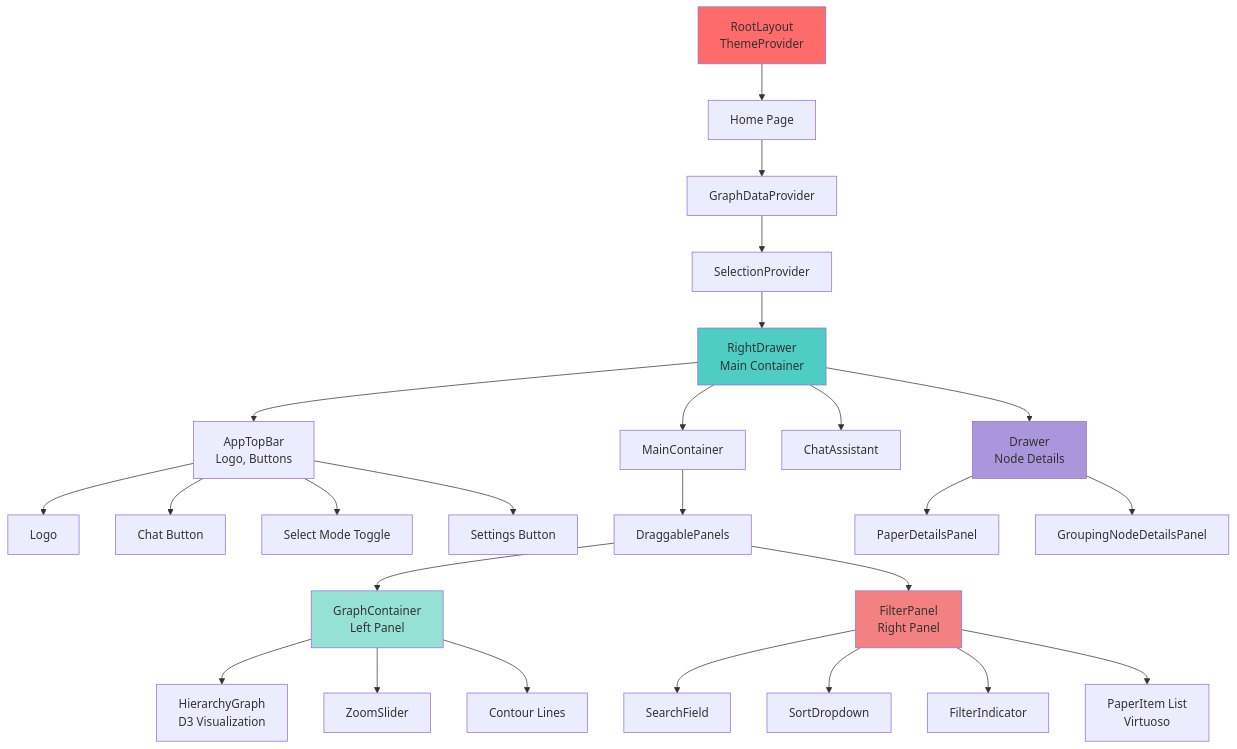
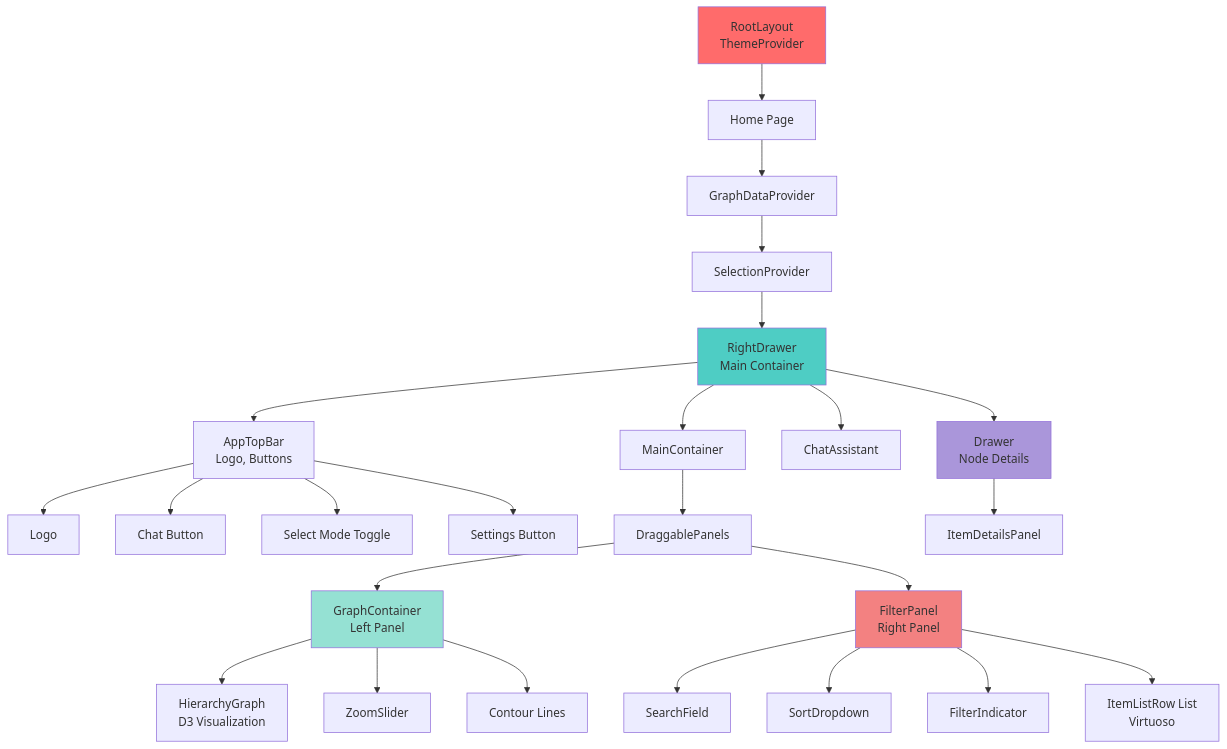
The third of 11 diagrams in ARCHITECTURE_DIAGRAMS.md (AstraZeneca/ontoverse-app), drawn with Mermaid before and after one commit. The commit also changed other lines of this file and 13 other files, not shown here.

````diff
--- a/ARCHITECTURE_DIAGRAMS.md
+++ b/ARCHITECTURE_DIAGRAMS.md
@@ -110,39 +110,38 @@
 ```mermaid
 graph TD
     A[RootLayout<br/>ThemeProvider] --> B[Home Page]
     B --> C[GraphDataProvider]
     C --> D[SelectionProvider]
     D --> E[RightDrawer<br/>Main Container]
     
     E --> F[AppTopBar<br/>Logo, Buttons]
     E --> G[MainContainer]
     E --> H[ChatAssistant]
     
     F --> F1[Logo]
     F --> F2[Chat Button]
     F --> F3[Select Mode Toggle]
     F --> F4[Settings Button]
     
     G --> I[DraggablePanels]
     I --> J[GraphContainer<br/>Left Panel]
     I --> K[FilterPanel<br/>Right Panel]
     
     J --> J1[HierarchyGraph<br/>D3 Visualization]
     J --> J2[ZoomSlider]
     J --> J3[Contour Lines]
     
     K --> K1[SearchField]
     K --> K2[SortDropdown]
     K --> K3[FilterIndicator]
-    K --> K4[PaperItem List<br/>Virtuoso]
+    K --> K4[ItemListRow List<br/>Virtuoso]
     
     E --> L[Drawer<br/>Node Details]
-    L --> M1[PaperDetailsPanel]
-    L --> M2[GroupingNodeDetailsPanel]
+    L --> M1[ItemDetailsPanel]
     
     style A fill:#FF6B6B
     style E fill:#4ECDC4
     style J fill:#95E1D3
     style K fill:#F38181
     style L fill:#AA96DA
 ```
````
